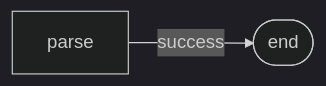
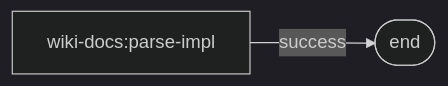
The diagram in docs/_generated/wikiDocsDAG.mmd (Studnicky/PathRipper), drawn with Mermaid (dark theme) before and after one commit. The commit also changed 38 other files, not shown here.

```diff
--- a/docs/_generated/wikiDocsDAG.mmd
+++ b/docs/_generated/wikiDocsDAG.mmd
@@ -1,6 +1,6 @@
 flowchart LR
-  %% wiki-docs:parse (v1.0)
-  parse
-  parse[parse]
-  parse -->|success| END
+  %% wiki-docs:parse (v2.0)
+  wiki-docs:parse-impl
+  wiki-docs:parse-impl[wiki-docs:parse-impl]
+  wiki-docs:parse-impl -->|success| END
   END([end])
```
